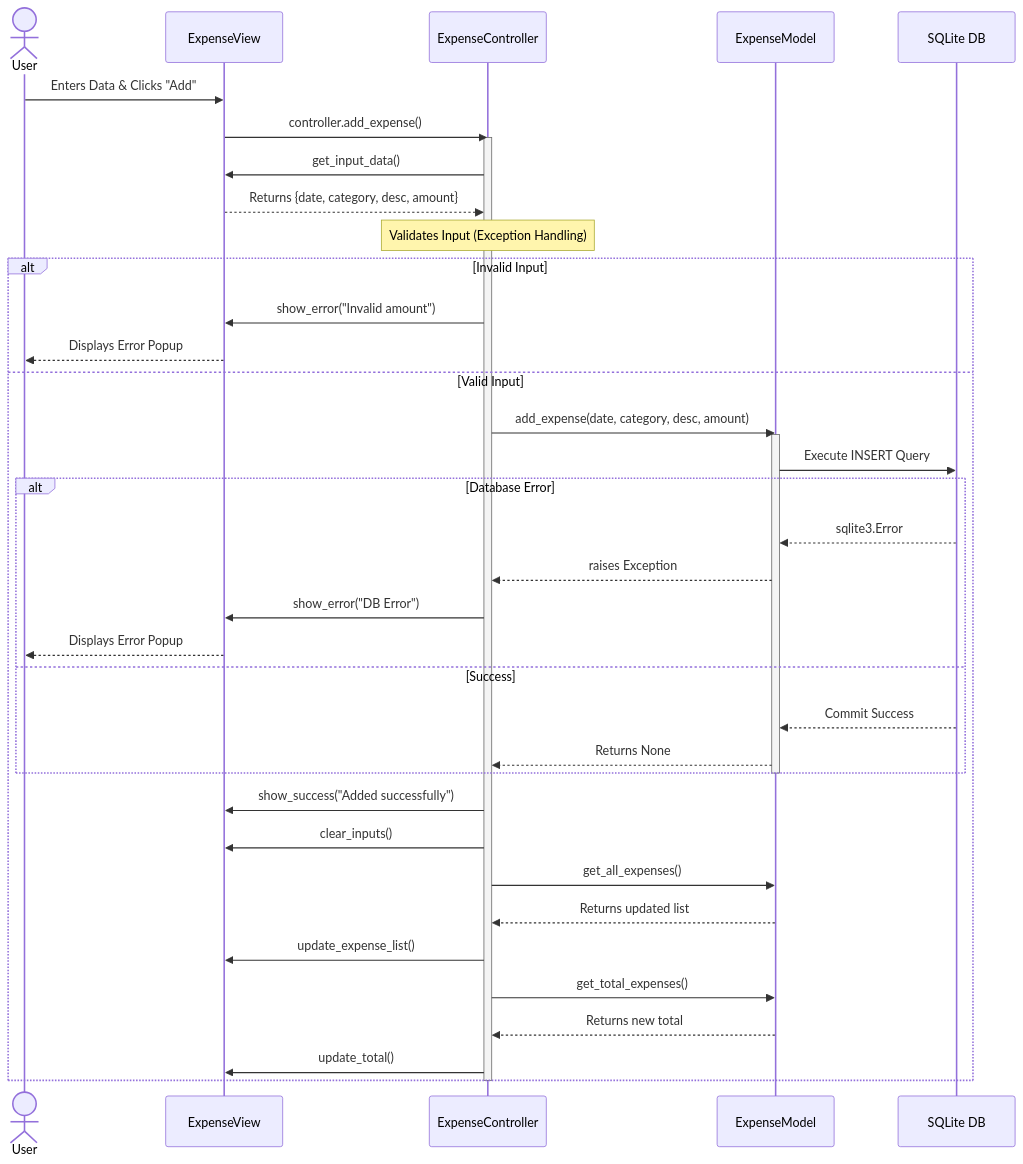
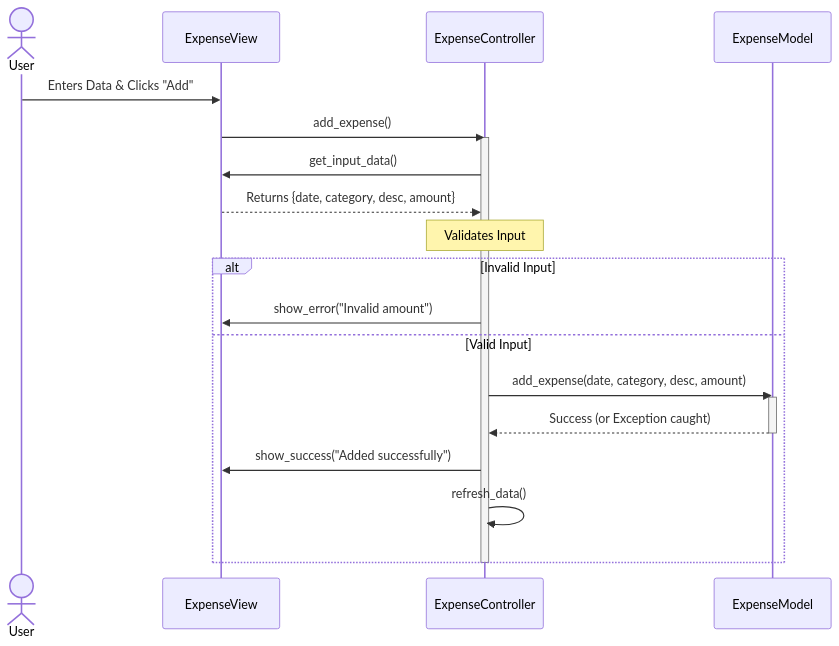
One commit to Abubakar-dev00/Sir-Haider-Project-4-sem changed the second of 6 diagrams in uml_diagrams.md. Above: the diagram before and after it, drawn with Mermaid. The commit also changed other lines of this file, not shown here.

Commit message:
Updated UML diagrams to include individual Sequence Diagrams for each Functional Requirement

````diff
--- a/uml_diagrams.md
+++ b/uml_diagrams.md
@@ -115,49 +70,29 @@
 ```mermaid
 sequenceDiagram
     actor User
     participant View as ExpenseView
     participant Controller as ExpenseController
     participant Model as ExpenseModel
-    participant Database as SQLite DB
 
     User->>View: Enters Data & Clicks "Add"
-    View->>Controller: controller.add_expense()
+    View->>Controller: add_expense()
     
     activate Controller
     Controller->>View: get_input_data()
     View-->>Controller: Returns {date, category, desc, amount}
     
-    Note over Controller: Validates Input (Exception Handling)
+    Note over Controller: Validates Input
     
     alt Invalid Input
         Controller->>View: show_error("Invalid amount")
-        View-->>User: Displays Error Popup
     else Valid Input
         Controller->>Model: add_expense(date, category, desc, amount)
         activate Model
-        
-        Model->>Database: Execute INSERT Query
-        alt Database Error
-            Database-->>Model: sqlite3.Error
-            Model-->>Controller: raises Exception
-            Controller->>View: show_error("DB Error")
-            View-->>User: Displays Error Popup
-        else Success
-            Database-->>Model: Commit Success
-            Model-->>Controller: Returns None
-        end
+        Model-->>Controller: Success (or Exception caught)
         deactivate Model
         
         Controller->>View: show_success("Added successfully")
-        Controller->>View: clear_inputs()
-        
-        Controller->>Model: get_all_expenses()
-        Model-->>Controller: Returns updated list
-        Controller->>View: update_expense_list()
-        
-        Controller->>Model: get_total_expenses()
-        Model-->>Controller: Returns new total
-        Controller->>View: update_total()
+        Controller->>Controller: refresh_data()
     end
     deactivate Controller
 ```
````
